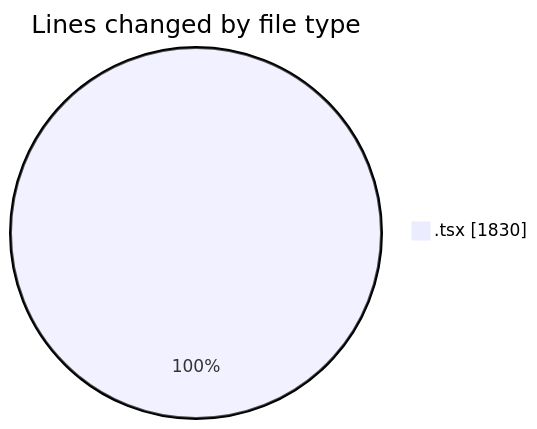
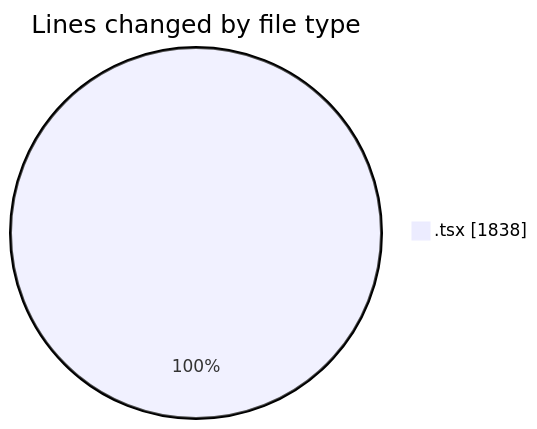
Before and after one commit to momahboobian/code-tracking: the first of 2 diagrams in 2026-08-06/cda/README.md, drawn with Mermaid. The commit also changed other lines of this file and 1 other file, not shown here.

````diff
--- a/2026-08-06/cda/README.md
+++ b/2026-08-06/cda/README.md
@@ -26,5 +26,5 @@
 ```mermaid
 pie showData
 title Lines changed by file type
-".tsx" : 1830
+".tsx" : 1838
 ```
````
